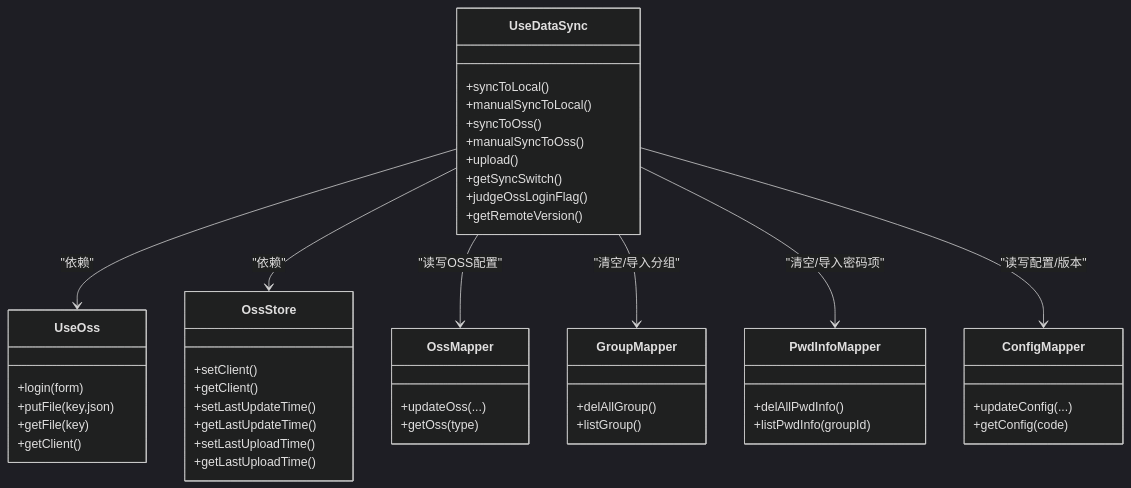
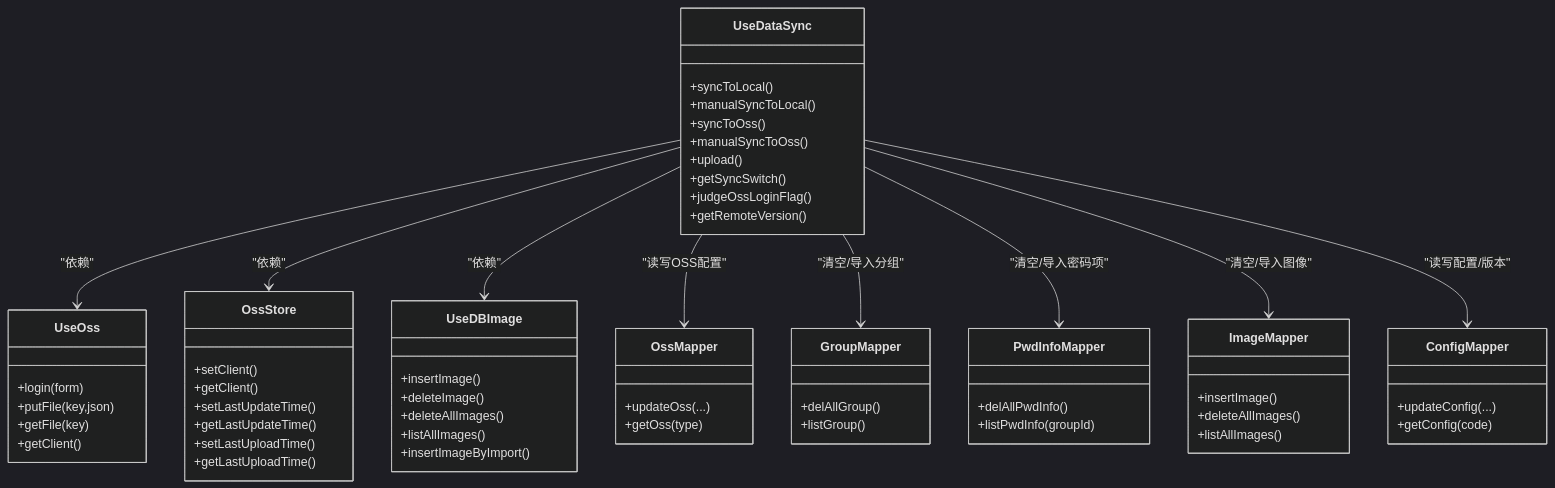
One commit to scgithub3220216/password-manager changed the fifth of 5 diagrams in .qoder/repowiki/zh/content/业务逻辑层/数据同步机制.md. Above: the diagram before and after it, drawn with Mermaid (dark theme). The commit also changed other lines of this file and 9 other files, not shown here.

First line of the commit message:
feat(sync): 新增图像数据同步支持

````diff
--- a/.qoder/repowiki/zh/content/业务逻辑层/数据同步机制.md
+++ b/.qoder/repowiki/zh/content/业务逻辑层/数据同步机制.md
@@ -286,49 +340,63 @@
 ```mermaid
 classDiagram
 class UseDataSync {
 +syncToLocal()
 +manualSyncToLocal()
 +syncToOss()
 +manualSyncToOss()
 +upload()
 +getSyncSwitch()
 +judgeOssLoginFlag()
 +getRemoteVersion()
 }
 class UseOss {
 +login(form)
 +putFile(key,json)
 +getFile(key)
 +getClient()
 }
 class OssStore {
 +setClient()
 +getClient()
 +setLastUpdateTime()
 +getLastUpdateTime()
 +setLastUploadTime()
 +getLastUploadTime()
 }
+class UseDBImage {
++insertImage()
++deleteImage()
++deleteAllImages()
++listAllImages()
++insertImageByImport()
+}
 class OssMapper {
 +updateOss(...)
 +getOss(type)
 }
 class GroupMapper {
 +delAllGroup()
 +listGroup()
 }
 class PwdInfoMapper {
 +delAllPwdInfo()
 +listPwdInfo(groupId)
 }
+class ImageMapper {
++insertImage()
++deleteAllImages()
++listAllImages()
+}
 class ConfigMapper {
 +updateConfig(...)
 +getConfig(code)
 }
 UseDataSync --> UseOss : "依赖"
 UseDataSync --> OssStore : "依赖"
+UseDataSync --> UseDBImage : "依赖"
 UseDataSync --> OssMapper : "读写OSS配置"
 UseDataSync --> GroupMapper : "清空/导入分组"
 UseDataSync --> PwdInfoMapper : "清空/导入密码项"
+UseDataSync --> ImageMapper : "清空/导入图像"
 UseDataSync --> ConfigMapper : "读写配置/版本"
 ```
````
